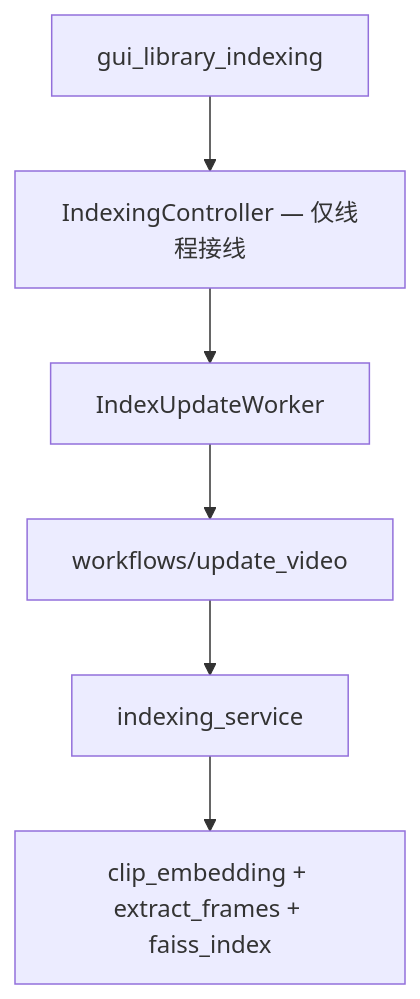
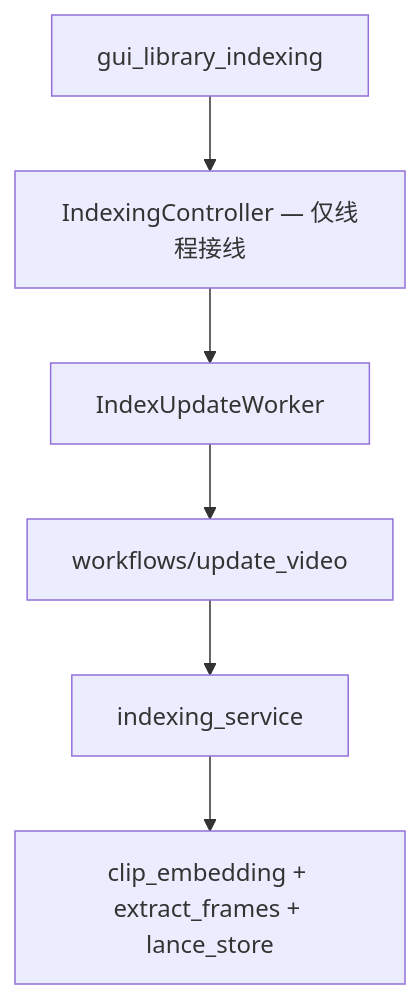
The third of 6 diagrams in docs/architecture.md (6v17/VideoSeek), drawn with Mermaid before and after one commit. The commit also changed other lines of this file and 43 other files, not shown here.

````diff
--- a/docs/architecture.md
+++ b/docs/architecture.md
@@ -76,8 +76,8 @@
 ```mermaid
 flowchart TB
   GL["gui_library_indexing"] --> IC["IndexingController — 仅线程接线"]
   IC --> IW["IndexUpdateWorker"]
   IW --> WF["workflows/update_video"]
   WF --> IS["indexing_service"]
-  IS --> CE["clip_embedding + extract_frames + faiss_index"]
+  IS --> CE["clip_embedding + extract_frames + lance_store"]
 ```
````
